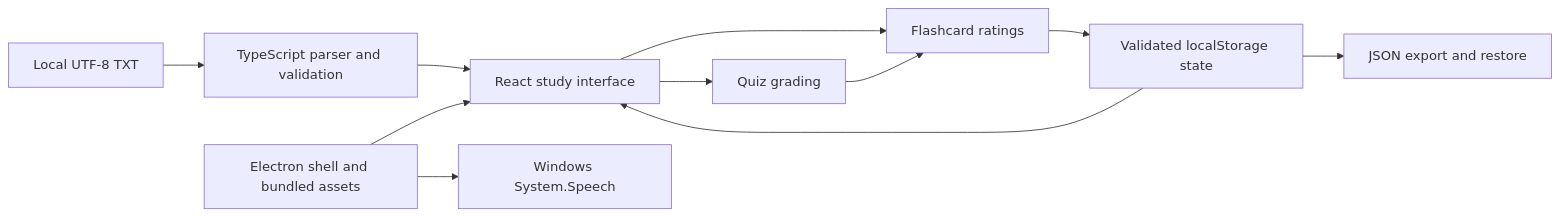
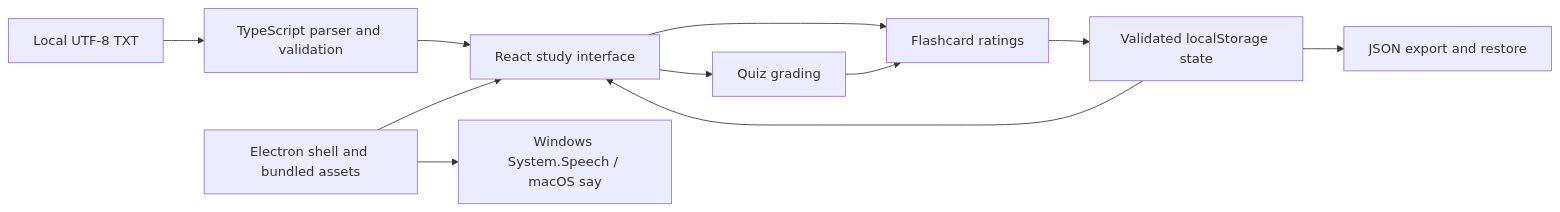
The diagram in README.md (dakiemdarktharr/WordNest), drawn with Mermaid before and after one commit. The commit also changed other lines of this file and 2 other files, not shown here.

Commit message:
Clarify Mac repair instructions and await speech regression tests

````diff
--- a/README.md
+++ b/README.md
@@ -31,13 +31,13 @@
 ```mermaid
 flowchart LR
   TXT[Local UTF-8 TXT] --> Parser[TypeScript parser and validation]
   Parser --> UI[React study interface]
   UI --> Grade[Quiz grading]
   UI --> Schedule[Flashcard ratings]
   Grade --> Schedule
   Schedule --> Store[Validated localStorage state]
   Store --> UI
   Store --> Backup[JSON export and restore]
   Electron[Electron shell and bundled assets] --> UI
-  Electron --> Speech[Windows System.Speech]
+  Electron --> Speech[Windows System.Speech / macOS say]
 ```
````
